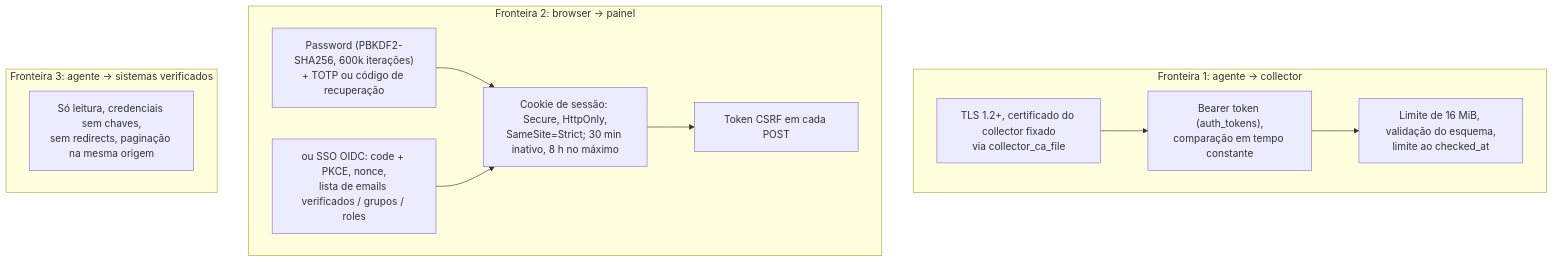
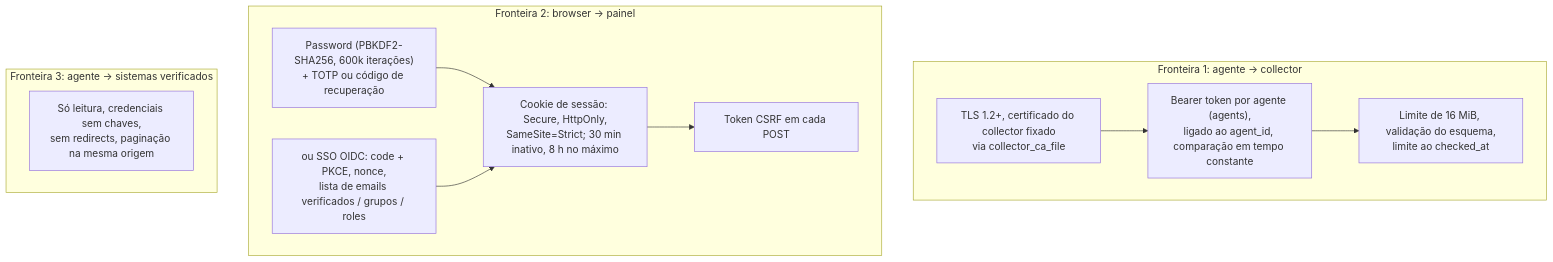
The fourth of 5 diagrams in docs/ARQUITETURA.md (Joao-Paulino/expiry-radar), drawn with Mermaid before and after one commit. The commit also changed other lines of this file and 16 other files, not shown here.

First line of the commit message:
fix(security): per-agent tokens bound to agent_id (pentest BUSL-02)

````diff
--- a/docs/ARQUITETURA.md
+++ b/docs/ARQUITETURA.md
@@ -205,15 +205,15 @@
 ```mermaid
 flowchart TB
     subgraph TB1["Fronteira 1: agente → collector"]
-        a["TLS 1.2+, certificado do collector fixado<br/>via collector_ca_file"] --> b["Bearer token (auth_tokens),<br/>comparação em tempo constante"]
+        a["TLS 1.2+, certificado do collector fixado<br/>via collector_ca_file"] --> b["Bearer token por agente (agents),<br/>ligado ao agent_id, comparação em tempo constante"]
         b --> c["Limite de 16 MiB, validação do esquema,<br/>limite ao checked_at"]
     end
     subgraph TB2["Fronteira 2: browser → painel"]
         d["Password (PBKDF2-SHA256, 600k iterações)<br/>+ TOTP ou código de recuperação"] --> e["Cookie de sessão: Secure, HttpOnly,<br/>SameSite=Strict; 30 min inativo, 8 h no máximo"]
         d2["ou SSO OIDC: code + PKCE, nonce,<br/>lista de emails verificados / grupos / roles"] --> e
         e --> f["Token CSRF em cada POST"]
     end
     subgraph TB3["Fronteira 3: agente → sistemas verificados"]
         g["Só leitura, credenciais sem chaves,<br/>sem redirects, paginação na mesma origem"]
     end
 ```
````
